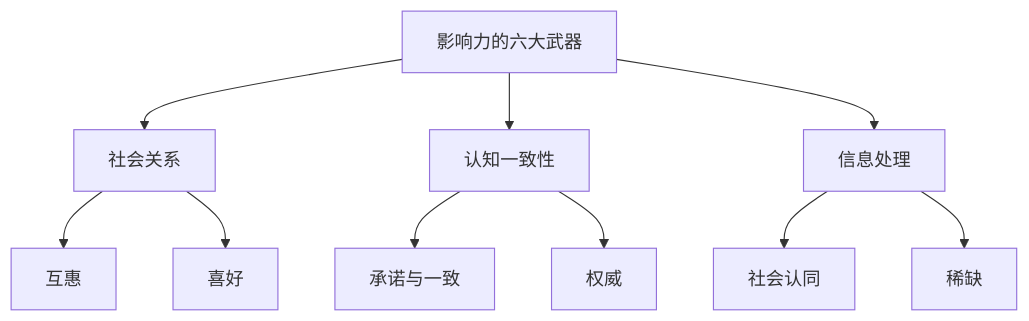
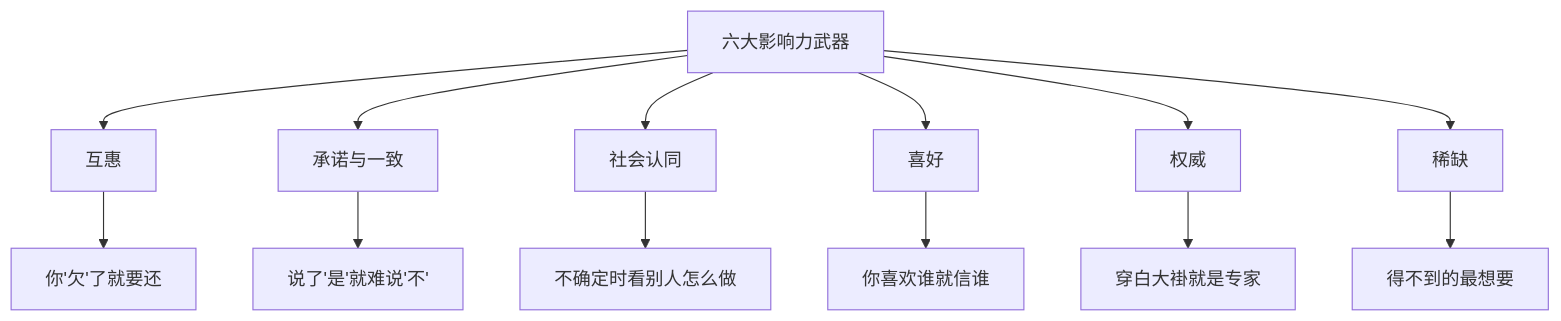
One commit to xdawayer/obsidian changed the diagram in 知识库/心理学类/《影响力》 - 罗伯特·西奥迪尼.md. Above: the diagram before and after it, drawn with Mermaid. The commit also changed other lines of this file and 86 other files, not shown here.

````diff
--- a/知识库/心理学类/《影响力》 - 罗伯特·西奥迪尼.md
+++ b/知识库/心理学类/《影响力》 - 罗伯特·西奥迪尼.md
@@ -42,12 +29,16 @@
 ```mermaid
 graph TD
-    A[影响力的六大武器] --> B[社会关系]
-    A --> C[认知一致性]
-    A --> D[信息处理]
-    B --> E[互惠]
-    B --> F[喜好]
-    C --> G[承诺与一致]
-    C --> H[权威]
-    D --> I[社会认同]
-    D --> J[稀缺]
+    A["六大影响力武器"] --> B["互惠"]
+    A --> C["承诺与一致"]
+    A --> D["社会认同"]
+    A --> E["喜好"]
+    A --> F["权威"]
+    A --> G["稀缺"]
+
+    B --> H["你'欠'了就要还"]
+    C --> I["说了'是'就难说'不'"]
+    D --> J["不确定时看别人怎么做"]
+    E --> K["你喜欢谁就信谁"]
+    F --> L["穿白大褂就是专家"]
+    G --> M["得不到的最想要"]
 ```
````
